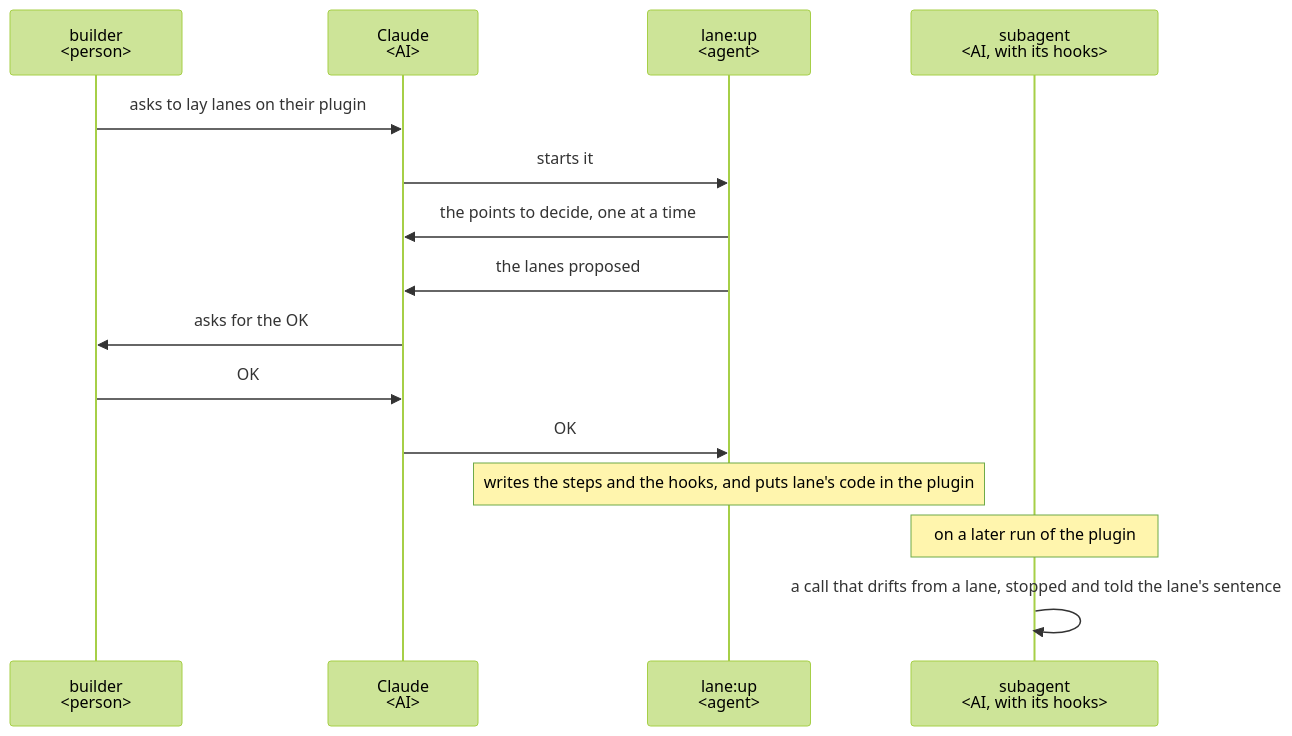
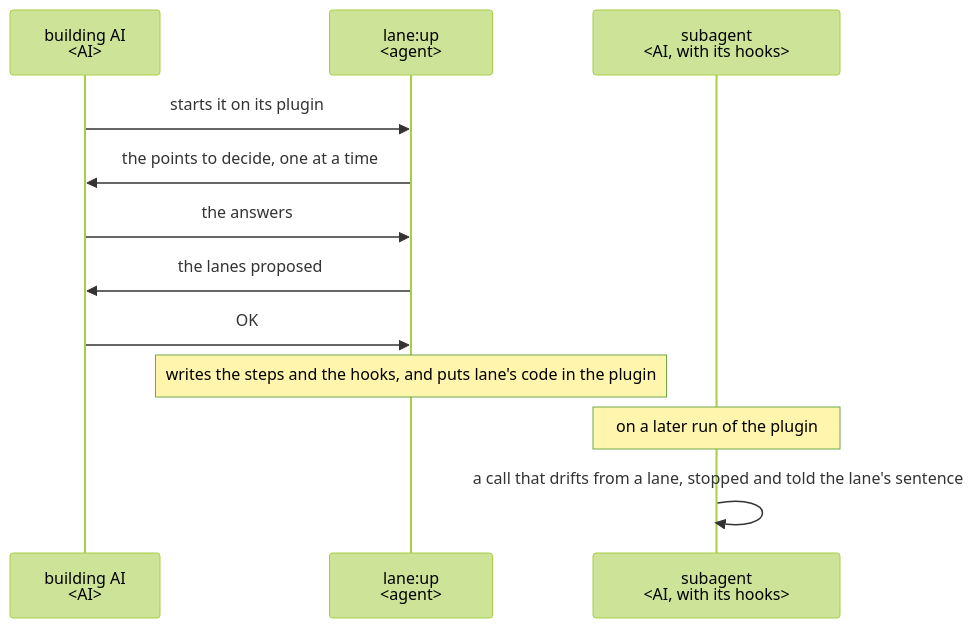
One commit to lovaizu/ccpm changed the first of 3 diagrams in dev/lane/ux.md. Above: the diagram before and after it, drawn with Mermaid (forest theme). The commit also changed other lines of this file and 4 other files, not shown here.

Commit message:
lane's README, UX and architecture on its agreed concept: the building AI answers and approves lane:up, no person taking part, the README written for whoever installs lane; the architecture to the checklist, each case rule moved to the decisions for lane's tests and steps; steering state

````diff
--- a/dev/lane/ux.md
+++ b/dev/lane/ux.md
@@ -46,17 +46,14 @@
 ```mermaid
 sequenceDiagram
-  participant B as builder<br/>#lt;person#gt;
-  participant C as Claude<br/>#lt;AI#gt;
+  participant A as building AI<br/>#lt;AI#gt;
   participant L as lane:up<br/>#lt;agent#gt;
   participant S as subagent<br/>#lt;AI, with its hooks#gt;
-  B->>C: asks to lay lanes on their plugin
-  C->>L: starts it
-  L->>C: the points to decide, one at a time
-  L->>C: the lanes proposed
-  C->>B: asks for the OK
-  B->>C: OK
-  C->>L: OK
+  A->>L: starts it on its plugin
+  L->>A: the points to decide, one at a time
+  A->>L: the answers
+  L->>A: the lanes proposed
+  A->>L: OK
   Note over L: writes the steps and the hooks, and puts lane's code in the plugin
   Note over S: on a later run of the plugin
   S->>S: a call that drifts from a lane, stopped and told the lane's sentence
 ```
````
